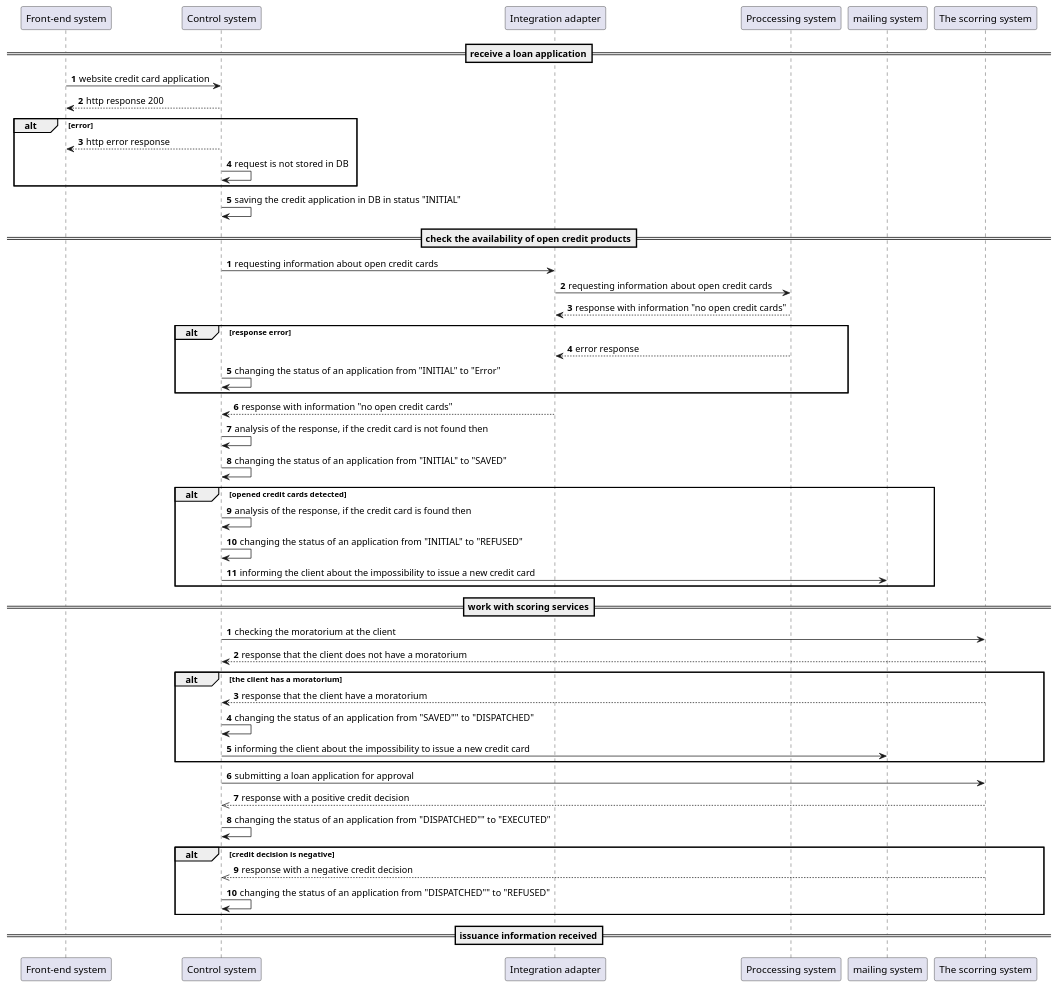
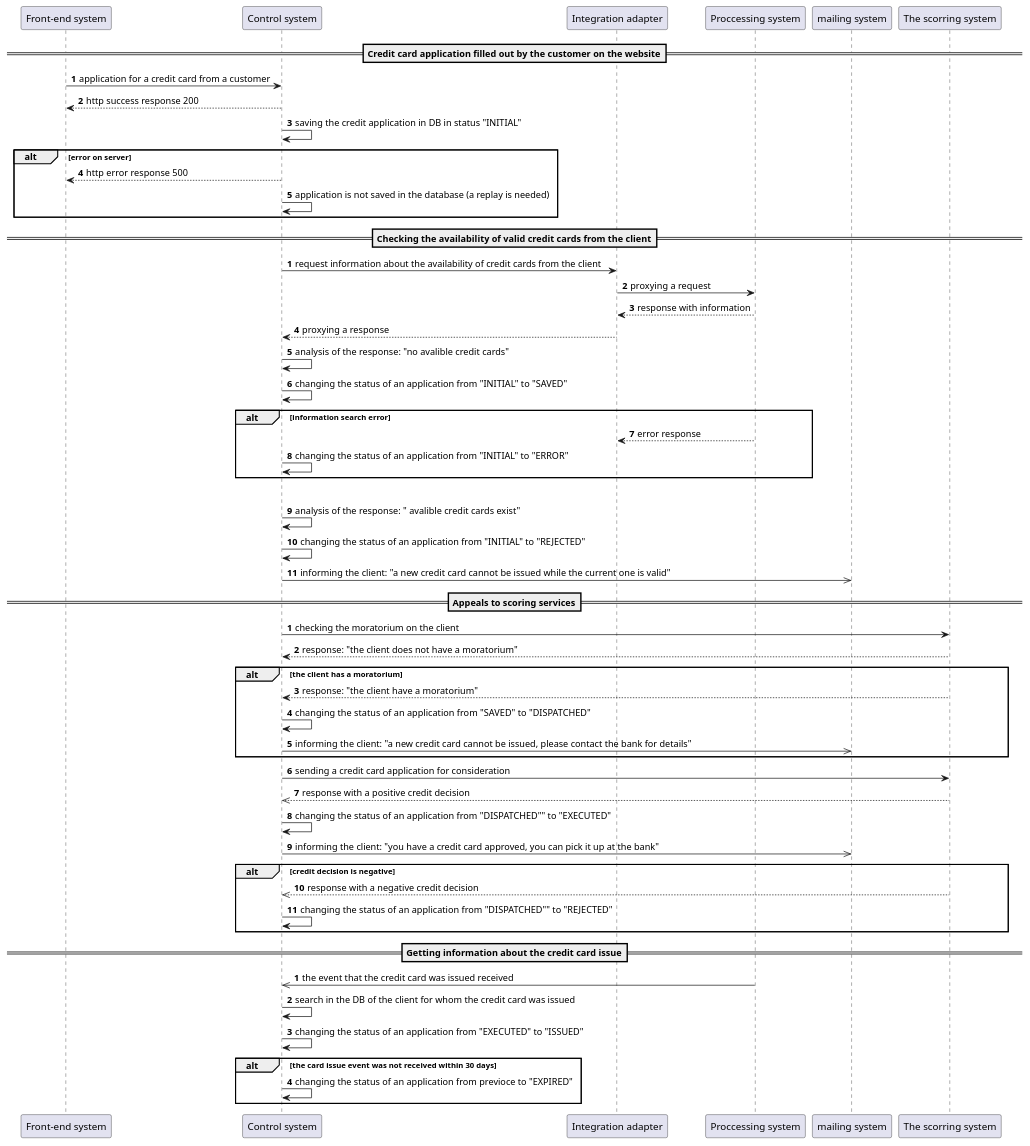
One commit to Hello-Stella/Solutions changed the diagram in .idea/src/main/uml/sequence diagram/Loan application.puml. Above: the diagram before and after it, drawn with PlantUML.

```diff
--- a/.idea/src/main/uml/sequence diagram/Loan application.puml
+++ b/.idea/src/main/uml/sequence diagram/Loan application.puml
@@ -1,53 +1,67 @@
 @startuml
 
 
-==receive a loan application==
+==Credit card application filled out by the customer on the website==
 autonumber
-"Front-end system" -> "Control system": website credit card application
-"Front-end system" <-- "Control system": http response 200
-alt  error
-"Front-end system" <-- "Control system": http error response
-"Control system" -> "Control system": request is not stored in DB
-end
+"Front-end system" -> "Control system": application for a credit card from a customer
+"Front-end system" <-- "Control system": http success response 200
 "Control system" -> "Control system": saving the credit application in DB in status "INITIAL"
 
+alt error on server
+"Front-end system" <-- "Control system": http error response 500
+"Control system" -> "Control system": application is not saved in the database (a replay is needed)
+end
 
-==check the availability of open credit products==
+==Checking the availability of valid credit cards from the client==
 autonumber
-"Control system" -> "Integration adapter": requesting information about open credit cards
-"Integration adapter" -> "Proccessing system": requesting information about open credit cards
-"Integration adapter" <-- "Proccessing system": response with information "no open credit cards"
-alt response error
+"Control system" -> "Integration adapter": request information about the availability of credit cards from the client
+"Integration adapter" -> "Proccessing system": proxying a request
+"Integration adapter" <-- "Proccessing system": response with information
+"Control system" <-- "Integration adapter": proxying a response
+"Control system" -> "Control system": analysis of the response: "no avalible credit cards"
+"Control system" -> "Control system": changing the status of an application from "INITIAL" to "SAVED"
+
+alt information search error
 "Integration adapter" <-- "Proccessing system": error response
-"Control system" -> "Control system": changing the status of an application from "INITIAL" to "Error"
+"Control system" -> "Control system": changing the status of an application from "INITIAL" to "ERROR"
 end
-"Control system" <-- "Integration adapter": response with information "no open credit cards"
-"Control system" -> "Control system": analysis of the response, if the credit card is not found then
-"Control system" -> "Control system": changing the status of an application from "INITIAL" to "SAVED"
-alt opened credit cards detected
-"Control system" -> "Control system": analysis of the response, if the credit card is found then
-"Control system" -> "Control system": changing the status of an application from "INITIAL" to "REFUSED"
-"Control system" -> "mailing system": informing the client about the impossibility to issue a new credit card
+
+alt avalible credit cards detected
+"Control system" -> "Control system": analysis of the response: " avalible credit cards exist"
+"Control system" -> "Control system": changing the status of an application from "INITIAL" to "REJECTED"
+"Control system" ->> "mailing system": informing the client: "a new credit card cannot be issued while the current one is valid"
+
+
+==Appeals to scoring services==
+autonumber
+"Control system" -> "The scorring system": checking the moratorium on the client
+"Control system" <-- "The scorring system": response: "the client does not have a moratorium"
+
+alt the client has a moratorium
+"Control system" <-- "The scorring system": response: "the client have a moratorium"
+"Control system" -> "Control system": changing the status of an application from "SAVED" to "DISPATCHED"
+"Control system" ->> "mailing system": informing the client: "a new credit card cannot be issued, please contact the bank for details"
+end
+
+"Control system" -> "The scorring system": sending a credit card application for consideration
+"Control system" <<-- "The scorring system": response with a positive credit decision
+"Control system" -> "Control system": changing the status of an application from "DISPATCHED"" to "EXECUTED"
+"Control system" ->> "mailing system": informing the client: "you have a credit card approved, you can pick it up at the bank"
+
+
+alt credit decision is negative
+"Control system" <<-- "The scorring system": response with a negative credit decision
+"Control system" -> "Control system": changing the status of an application from "DISPATCHED"" to "REJECTED"
+ end
+
+==Getting information about the credit card issue==
+autonumber
+"Control system" <<- "Proccessing system": the event that the credit card was issued received
+"Control system" -> "Control system": search in the DB of the client for whom the credit card was issued
+"Control system" -> "Control system": changing the status of an application from "EXECUTED" to "ISSUED"
+alt the card issue event was not received within 30 days
+"Control system" -> "Control system": changing the status of an application from previoce to "EXPIRED"
 end
 
 
-==work with scoring services==
-autonumber
-"Control system" -> "The scorring system": checking the moratorium at the client
-"Control system" <-- "The scorring system": response that the client does not have a moratorium
-alt the client has a moratorium
-"Control system" <-- "The scorring system": response that the client have a moratorium
-"Control system" -> "Control system": changing the status of an application from "SAVED"" to "DISPATCHED"
-"Control system" -> "mailing system": informing the client about the impossibility to issue a new credit card
-end
-"Control system" -> "The scorring system": submitting a loan application for approval
-"Control system" <<-- "The scorring system": response with a positive credit decision
-"Control system" -> "Control system": changing the status of an application from "DISPATCHED"" to "EXECUTED"
-alt credit decision is negative
-"Control system" <<-- "The scorring system": response with a negative credit decision
-"Control system" -> "Control system": changing the status of an application from "DISPATCHED"" to "REFUSED"
- end
-
-==issuance information received==
-
 @enduml
```
